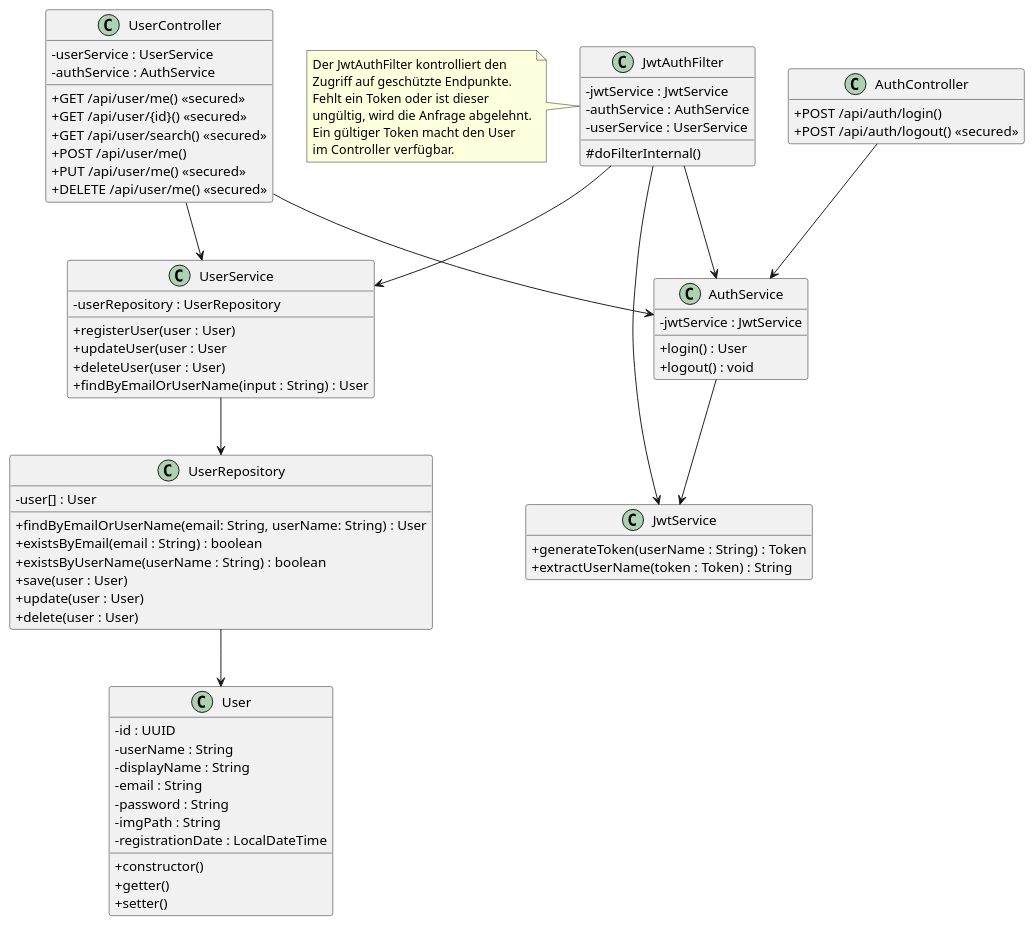
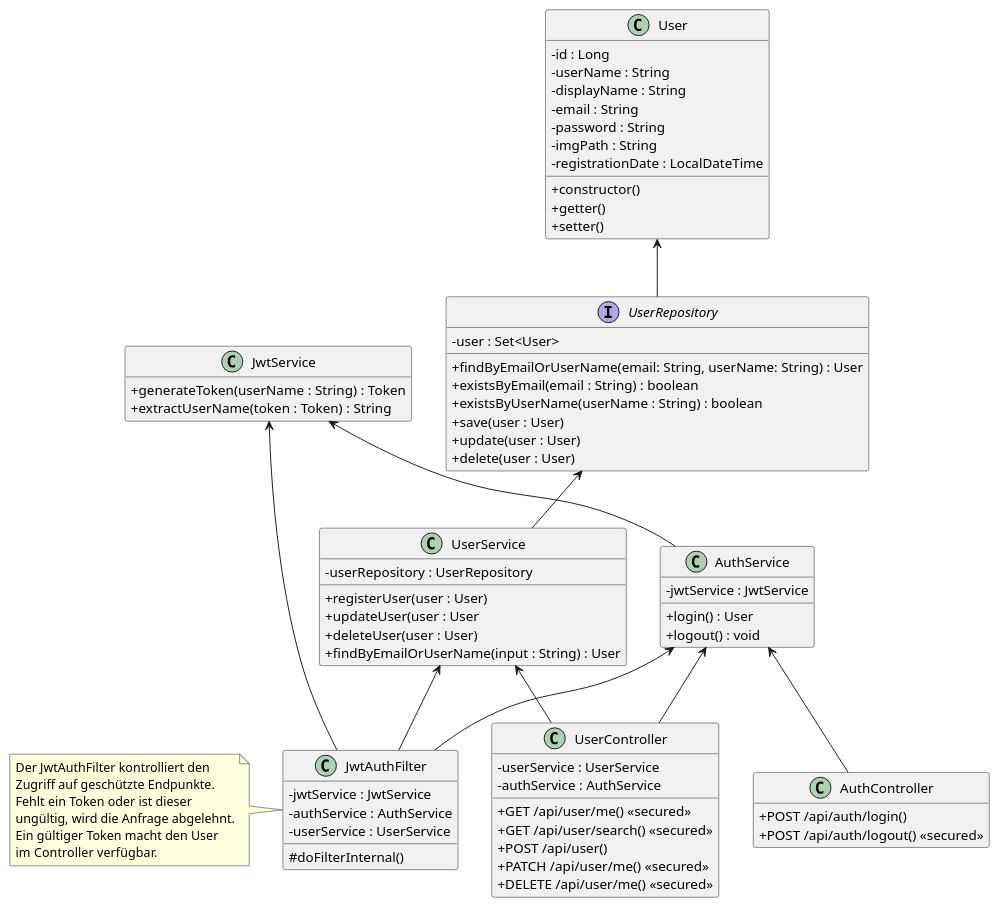
One commit to SpaghettiCodeGang/TryLater-Server changed the diagram in uml/class/Class_User.puml. Above: the diagram before and after it, drawn with PlantUML. The commit also changed 4 other files, not shown here.

Commit message:
update: changes uuid to long and adds the image class to the full class diagram

```diff
--- a/uml/class/Class_User.puml
+++ b/uml/class/Class_User.puml
@@ -1,89 +1,90 @@
 @startuml
 skinparam classAttributeIconSize 0
 hide empty members
 
 class User {
-    - id : UUID
+    - id : Long
     - userName : String
     - displayName : String
     - email : String
     - password : String
     - imgPath : String
     - registrationDate : LocalDateTime
     + constructor()
     + getter()
     + setter()
 }
 
-class UserRepository {
-    - user[] : User
+interface UserRepository {
+    - user : Set<User>
     + findByEmailOrUserName(email: String, userName: String) : User
     + existsByEmail(email : String) : boolean
     + existsByUserName(userName : String) : boolean
     + save(user : User)
     + update(user : User)
     + delete(user : User)
 }
 
 class UserService {
     - userRepository : UserRepository
     + registerUser(user : User)
     + updateUser(user : User
     + deleteUser(user : User)
     + findByEmailOrUserName(input : String) : User
 }
 
 class UserController {
     - userService : UserService
     - authService : AuthService
     + GET /api/user/me() <<secured>>
-    + GET /api/user/{id}() <<secured>>
     + GET /api/user/search() <<secured>>
-    + POST /api/user/me()
-    + PUT /api/user/me() <<secured>>
+    + POST /api/user()
+    + PATCH /api/user/me() <<secured>>
     + DELETE /api/user/me() <<secured>>
 }
 
 class JwtService {
     + generateToken(userName : String) : Token
     + extractUserName(token : Token) : String
 }
 
 class JwtAuthFilter {
     - jwtService : JwtService
     - authService : AuthService
     - userService : UserService
     # doFilterInternal()
 }
 
 note left of JwtAuthFilter
     Der JwtAuthFilter kontrolliert den
     Zugriff auf geschützte Endpunkte.
     Fehlt ein Token oder ist dieser
     ungültig, wird die Anfrage abgelehnt.
     Ein gültiger Token macht den User
     im Controller verfügbar.
 end note
 
 class AuthService {
     - jwtService : JwtService
     + login() : User
     + logout() : void
 }
 
 class AuthController {
     + POST /api/auth/login()
     + POST /api/auth/logout() <<secured>>
 }
 
-UserRepository --> User
-UserService --> UserRepository
-UserController --> AuthService
-UserController --> UserService
-AuthService --> JwtService
-AuthController --> AuthService
-JwtAuthFilter --> UserService
-JwtAuthFilter --> JwtService
-JwtAuthFilter --> AuthService
+User <-- UserRepository
+UserRepository <-- UserService
+UserService <-- UserController
+UserService <-- JwtAuthFilter
+
+AuthService <-- AuthController
+AuthService <-- UserController
+AuthService <-- JwtAuthFilter
+
+JwtService <-- AuthService
+JwtService <-- JwtAuthFilter
 
 @enduml
```
